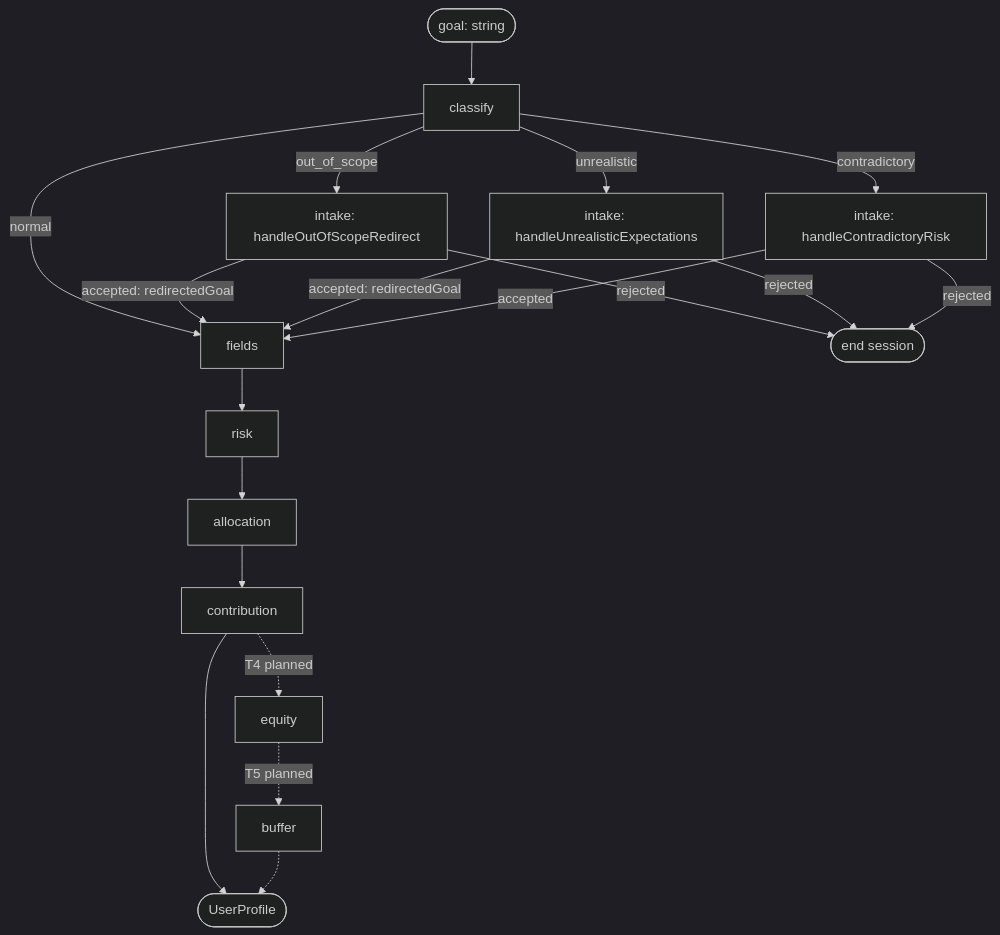
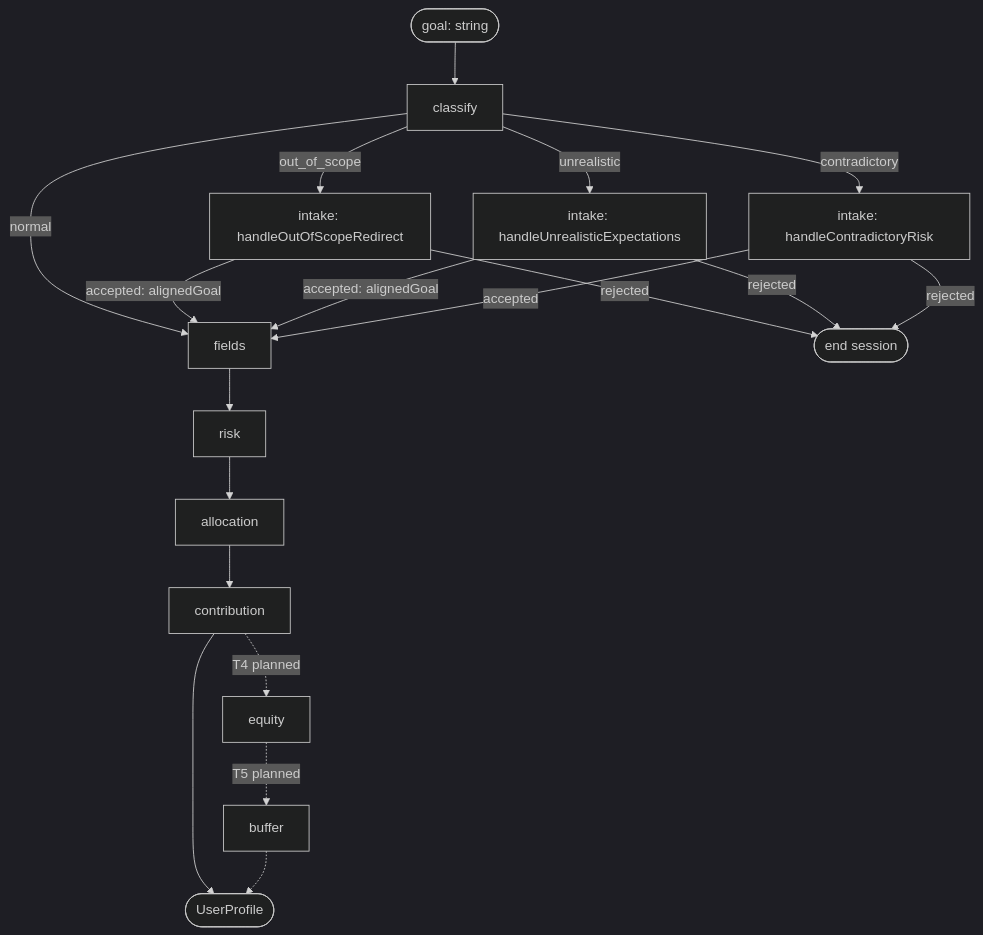
The diagram in documentation/ARCHITECTURE.md (itayg43/lazy-advisor), drawn with Mermaid (dark theme) before and after one commit. The commit also changed other lines of this file and 2 other files, not shown here.

Commit message:
docs: fix stale references and rules drift after PR #110
- ARCHITECTURE.md: replace two `redirectedGoal` edge labels in the
  Mermaid diagram with `alignedGoal` (field was renamed in PR #110);
  update allocation section to reference T4/T5 instead of "phases 5a/5b"
- STATUS.md: clean up T4/T5 task labels (drop stale "Phase 5a/5b —"
  prefix); replace the resolved allocation-rules improvement note with a
  new one describing the correct fix (typed AllocationConflictError +
  graceful orchestrator handling)
- clarify.allocation.rules.md: replace § "Extraction fallback" with
  § "Budget exhaustion" — the old text described a last-discussed-split
  return that doesn't exist; actual behavior is runPhaseLoop() throwing
  InternalError

````diff
--- a/documentation/ARCHITECTURE.md
+++ b/documentation/ARCHITECTURE.md
@@ -13,23 +13,23 @@
 ```mermaid
 flowchart TD
     Start([goal: string]) --> Classify[classify]
     Classify -->|normal| Fields[fields]
     Classify -->|out_of_scope| OOS[intake: handleOutOfScopeRedirect]
     Classify -->|unrealistic| Unreal[intake: handleUnrealisticExpectations]
     Classify -->|contradictory| Contra[intake: handleContradictoryRisk]
 
-    OOS -->|accepted: redirectedGoal| Fields
+    OOS -->|accepted: alignedGoal| Fields
     OOS -->|rejected| End([end session])
-    Unreal -->|accepted: redirectedGoal| Fields
+    Unreal -->|accepted: alignedGoal| Fields
     Unreal -->|rejected| End
     Contra -->|accepted| Fields
     Contra -->|rejected| End
 
     Fields --> Risk[risk]
     Risk --> Allocation[allocation]
     Allocation --> Contribution[contribution]
     Contribution --> Profile([UserProfile])
     Contribution -.->|T4 planned| Equity[equity]
     Equity -.->|T5 planned| Buffer[buffer]
     Buffer -.-> Profile
 ```
````
